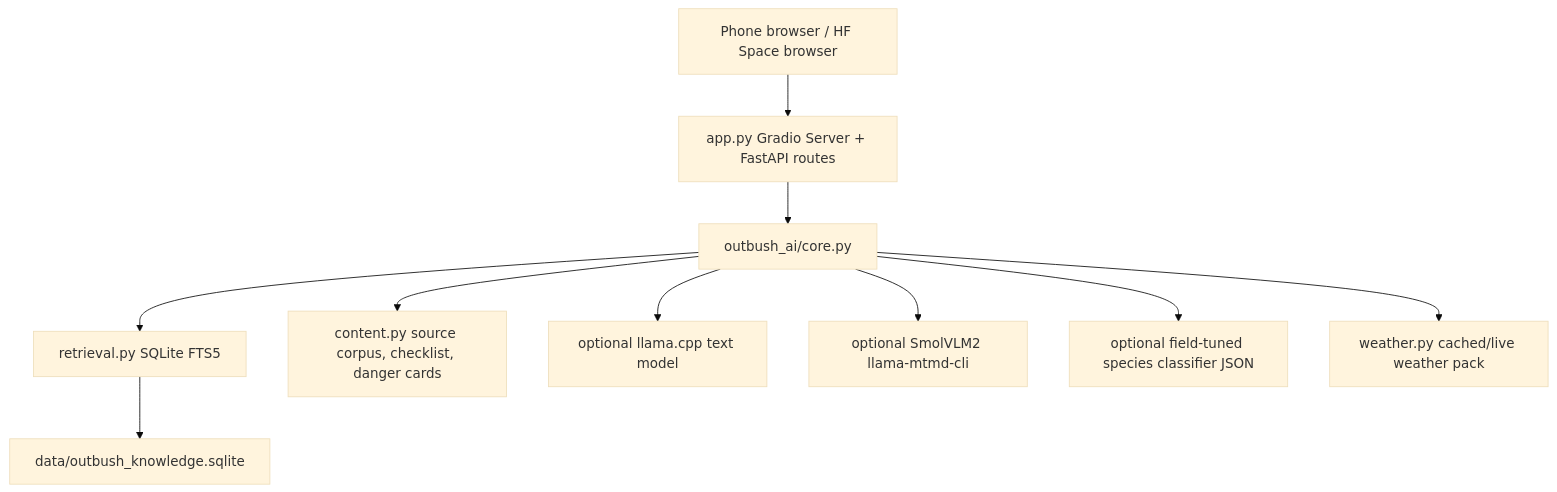
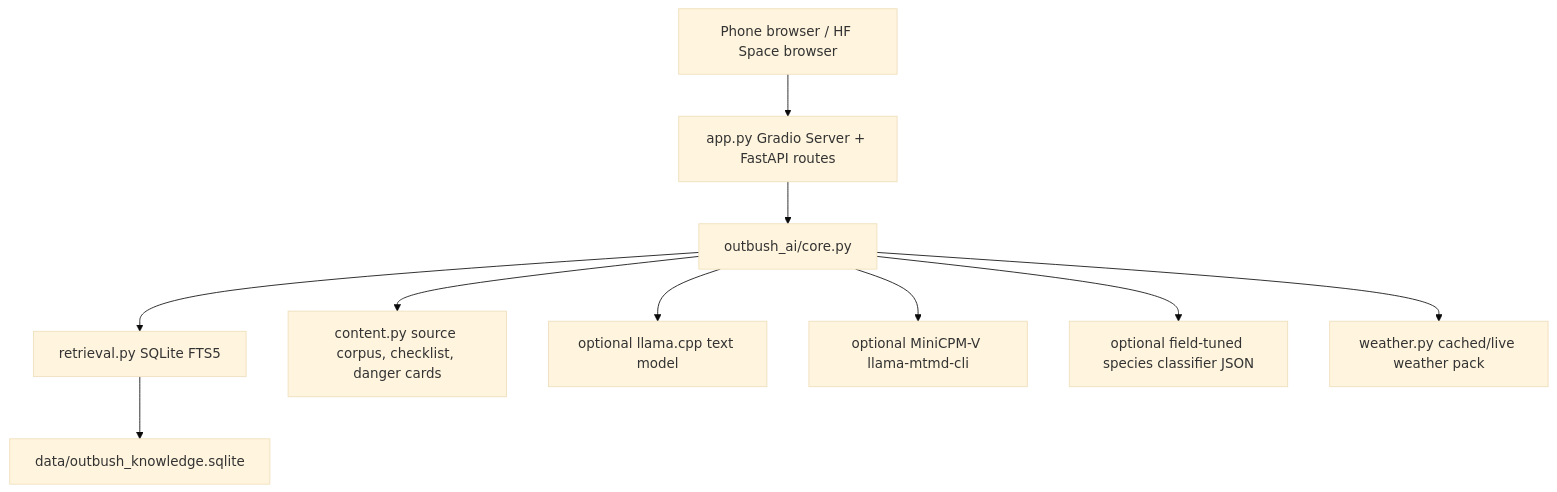
Before and after one commit to joelvanveluwen/outbush-ai: the diagram in agentdocs/ARCHITECTURE.md, drawn with Mermaid (base theme). The commit also changed other lines of this file and 26 other files, not shown here.

````diff
--- a/agentdocs/ARCHITECTURE.md
+++ b/agentdocs/ARCHITECTURE.md
@@ -5,12 +5,12 @@
 ```mermaid
 flowchart TD
   Browser["Phone browser / HF Space browser"] --> App["app.py Gradio Server + FastAPI routes"]
   App --> Core["outbush_ai/core.py"]
   Core --> RAG["retrieval.py SQLite FTS5"]
   RAG --> DB["data/outbush_knowledge.sqlite"]
   Core --> Content["content.py source corpus, checklist, danger cards"]
   Core --> Llama["optional llama.cpp text model"]
-  Core --> Vision["optional SmolVLM2 llama-mtmd-cli"]
+  Core --> Vision["optional MiniCPM-V llama-mtmd-cli"]
   Core --> Species["optional field-tuned species classifier JSON"]
   Core --> Weather["weather.py cached/live weather pack"]
 ```
````
